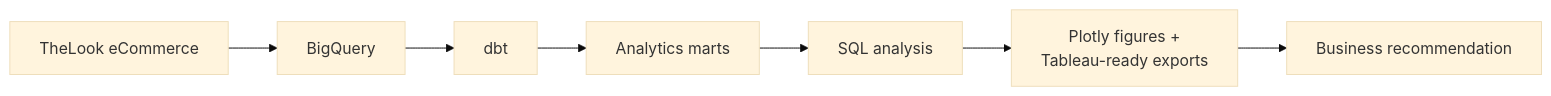
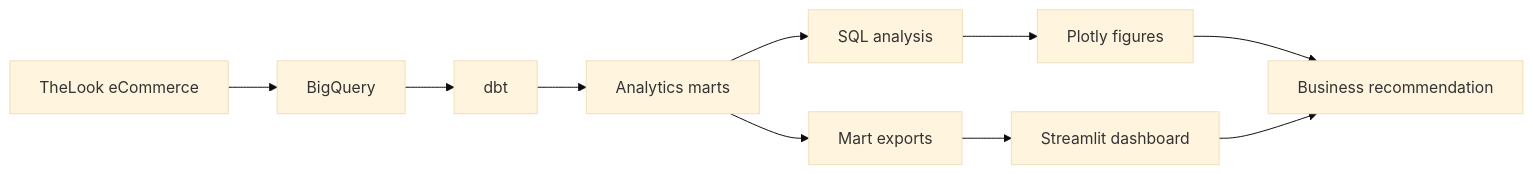
The first of 2 diagrams in README.md (kinjalbagal/ecommerce-customer-revenue-analytics), drawn with Mermaid (base theme) before and after one commit. The commit also changed other lines of this file and 6 other files, not shown here.

````diff
--- a/README.md
+++ b/README.md
@@ -34,9 +34,12 @@
 ```mermaid
 flowchart LR
     A[TheLook eCommerce] --> B[BigQuery]
     B --> C[dbt]
     C --> D[Analytics marts]
     D --> E[SQL analysis]
-    E --> F[Plotly figures +<br/>Tableau-ready exports]
-    F --> G[Business recommendation]
+    D --> F[Mart exports]
+    E --> G[Plotly figures]
+    F --> H[Streamlit dashboard]
+    G --> I[Business recommendation]
+    H --> I
 ```
````
